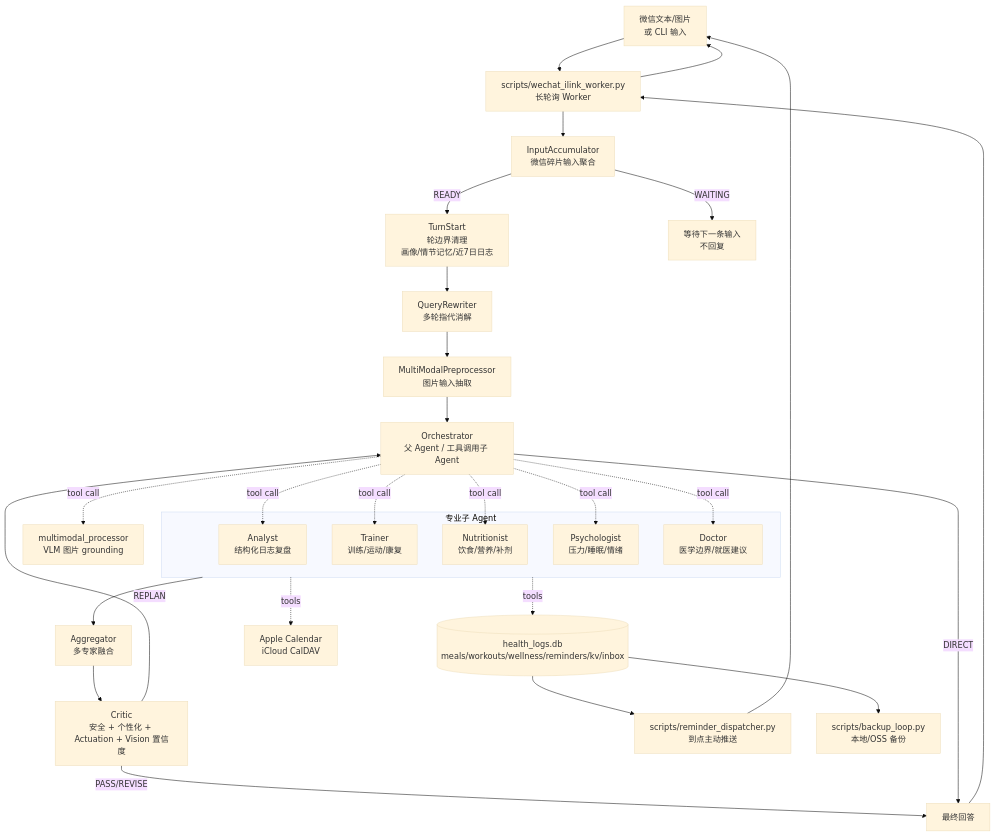
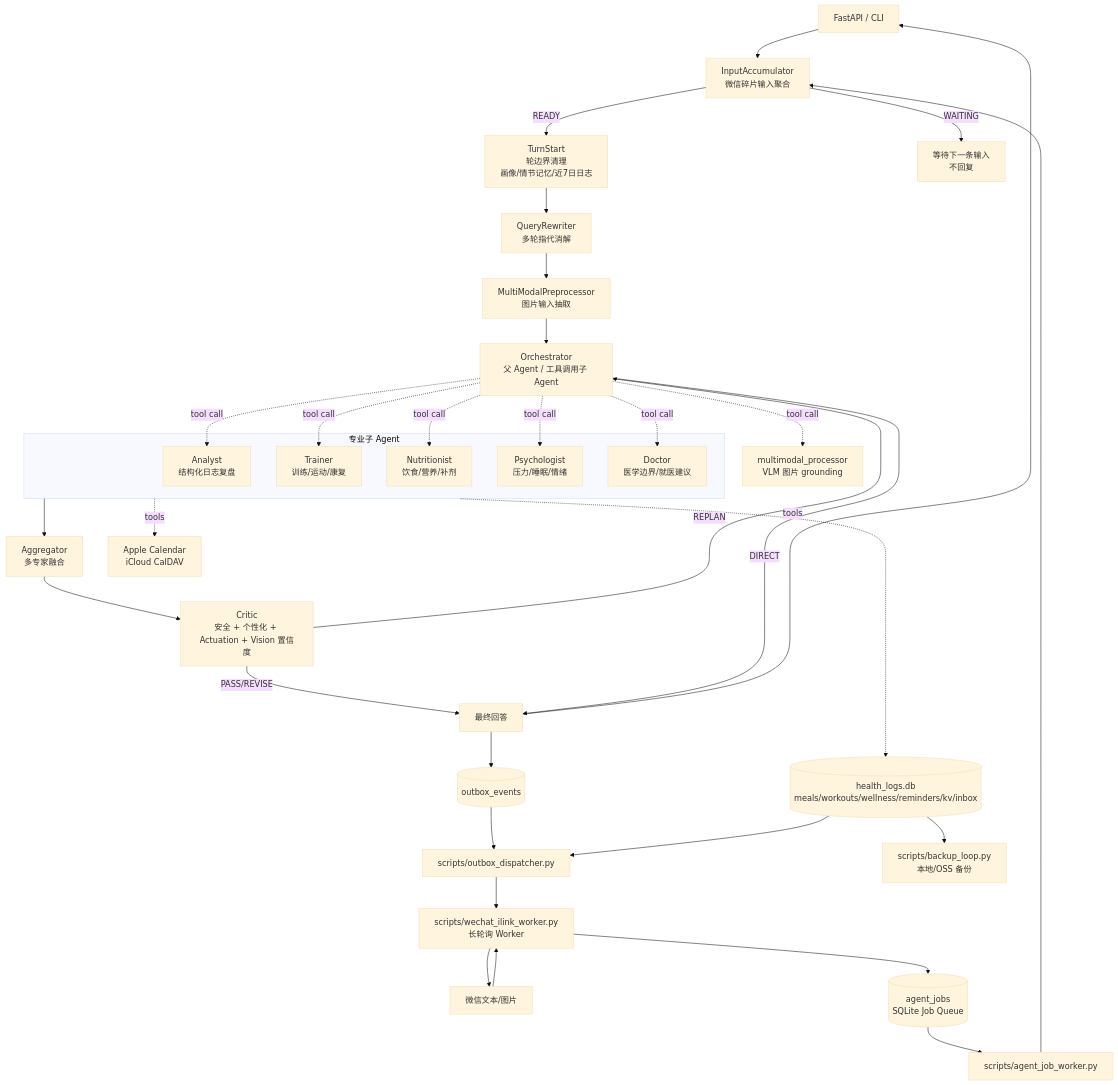
One commit to MichaelSou1/wellness-copilot changed the diagram in README.md. Above: the diagram before and after it, drawn with Mermaid (base theme). The commit also changed other lines of this file and 22 other files, not shown here.

````diff
--- a/README.md
+++ b/README.md
@@ -414,39 +498,44 @@
 ```mermaid
 flowchart TD
-    WX[微信文本/图片<br/>或 CLI 输入] --> Worker[scripts/wechat_ilink_worker.py<br/>长轮询 Worker]
-    Worker --> IA[InputAccumulator<br/>微信碎片输入聚合]
+    API[FastAPI / CLI] --> IA[InputAccumulator<br/>微信碎片输入聚合]
+    WX[微信文本/图片] --> Worker[scripts/wechat_ilink_worker.py<br/>长轮询 Worker]
+    Worker --> Jobs[(agent_jobs<br/>SQLite Job Queue)]
+    Jobs --> AgentWorker[scripts/agent_job_worker.py]
+    AgentWorker --> IA
     IA -->|READY| TS[TurnStart<br/>轮边界清理<br/>画像/情节记忆/近7日日志]
     IA -->|WAITING| END0[等待下一条输入<br/>不回复]
     TS --> QR[QueryRewriter<br/>多轮指代消解]
     QR --> MMP[MultiModalPreprocessor<br/>图片输入抽取]
     MMP --> ORC[Orchestrator<br/>父 Agent / 工具调用子 Agent]
     ORC -. tool call .-> VLM[multimodal_processor<br/>VLM 图片 grounding]
 
     subgraph ChildAgents[专业子 Agent]
       ANA[Analyst<br/>结构化日志复盘]
       TR[Trainer<br/>训练/运动/康复]
       NU[Nutritionist<br/>饮食/营养/补剂]
       PS[Psychologist<br/>压力/睡眠/情绪]
       DR[Doctor<br/>医学边界/就医建议]
     end
 
     ORC -. tool call .-> ANA
     ORC -. tool call .-> TR
     ORC -. tool call .-> NU
     ORC -. tool call .-> PS
     ORC -. tool call .-> DR
 
     ChildAgents --> AGG[Aggregator<br/>多专家融合]
     AGG --> CR[Critic<br/>安全 + 个性化 + Actuation + Vision 置信度]
     CR -->|PASS/REVISE| FINAL[最终回答]
     CR -->|REPLAN| ORC
     ORC -->|DIRECT| FINAL
-    FINAL --> Worker
+    FINAL --> API
+    FINAL --> Outbox[(outbox_events)]
+    Outbox --> OutboxDisp[scripts/outbox_dispatcher.py]
+    OutboxDisp --> Worker
     Worker --> WX
 
     ChildAgents -. tools .-> Logs[(health_logs.db<br/>meals/workouts/wellness/reminders/kv/inbox)]
-    Logs --> DISP[scripts/reminder_dispatcher.py<br/>到点主动推送]
-    DISP --> WX
+    Logs --> OutboxDisp
     ChildAgents -. tools .-> CAL[Apple Calendar<br/>iCloud CalDAV]
     Logs --> BK[scripts/backup_loop.py<br/>本地/OSS 备份]
 ```
````
